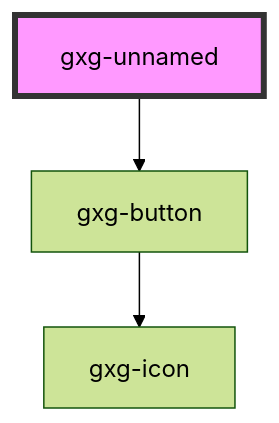
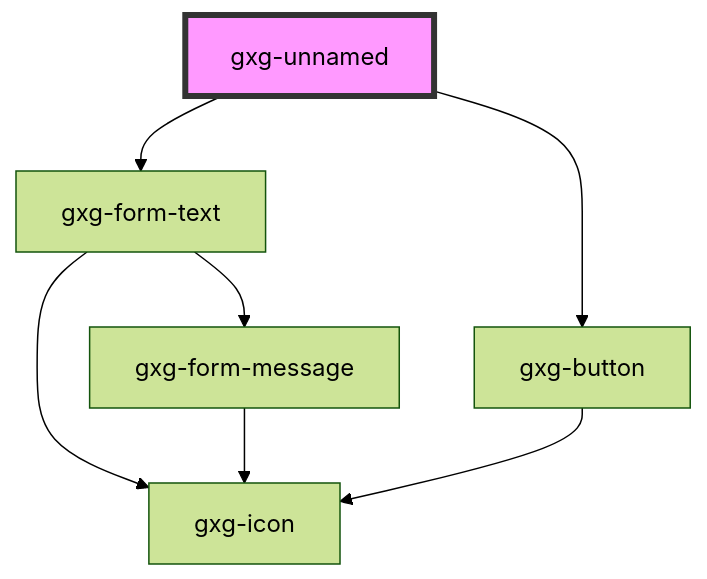
Before and after one commit to genexuslabs/gemini: the diagram in src/components/gxg-unnamed/readme.md, drawn with Mermaid (forest theme). The commit also changed other lines of this file and 8 other files, not shown here.

````diff
--- a/src/components/gxg-unnamed/readme.md
+++ b/src/components/gxg-unnamed/readme.md
@@ -13,6 +14,10 @@
 ```mermaid
 graph TD;
+  gxg-unnamed --> gxg-form-text
   gxg-unnamed --> gxg-button
+  gxg-form-text --> gxg-icon
+  gxg-form-text --> gxg-form-message
+  gxg-form-message --> gxg-icon
   gxg-button --> gxg-icon
   style gxg-unnamed fill:#f9f,stroke:#333,stroke-width:4px
 ```
````
